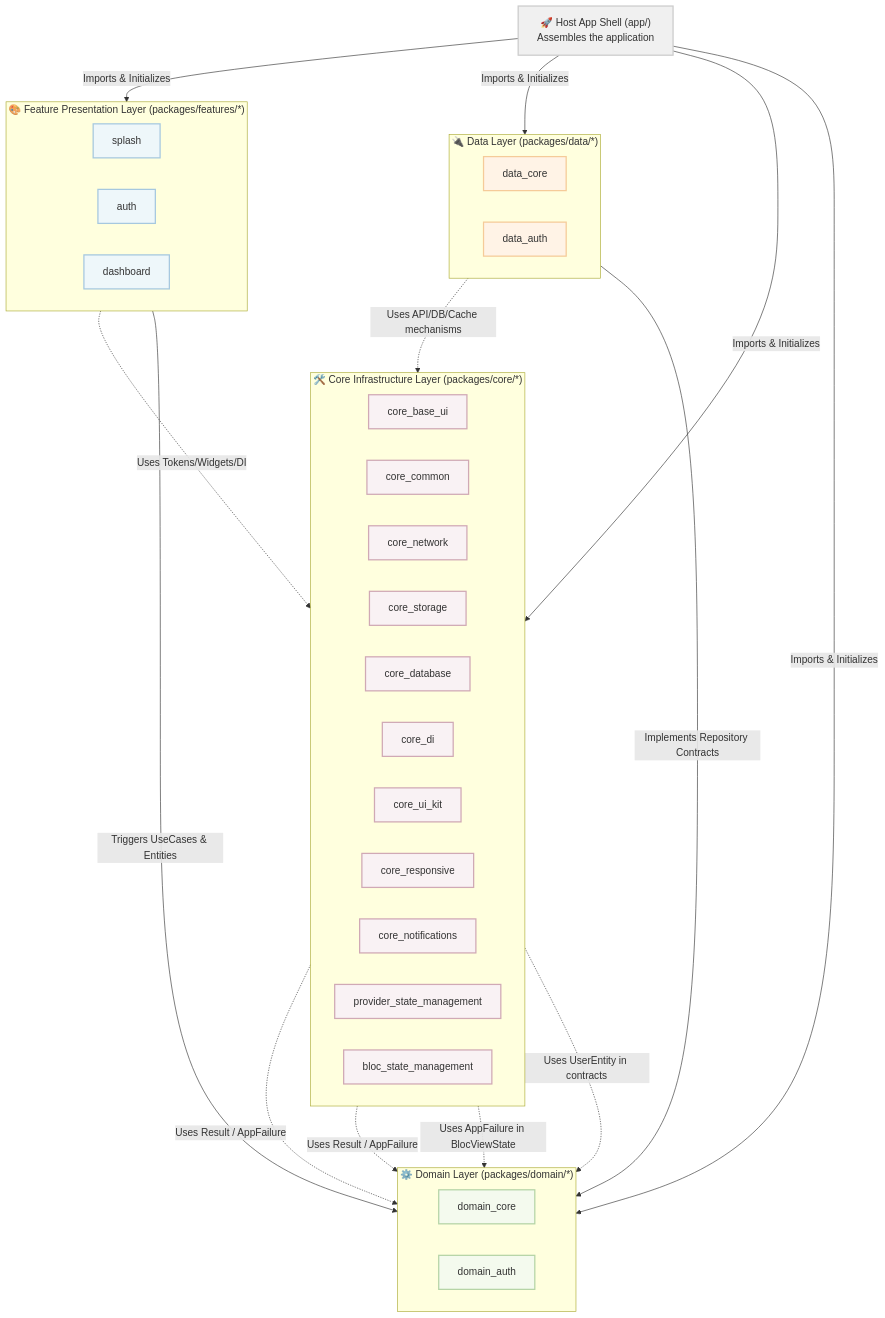
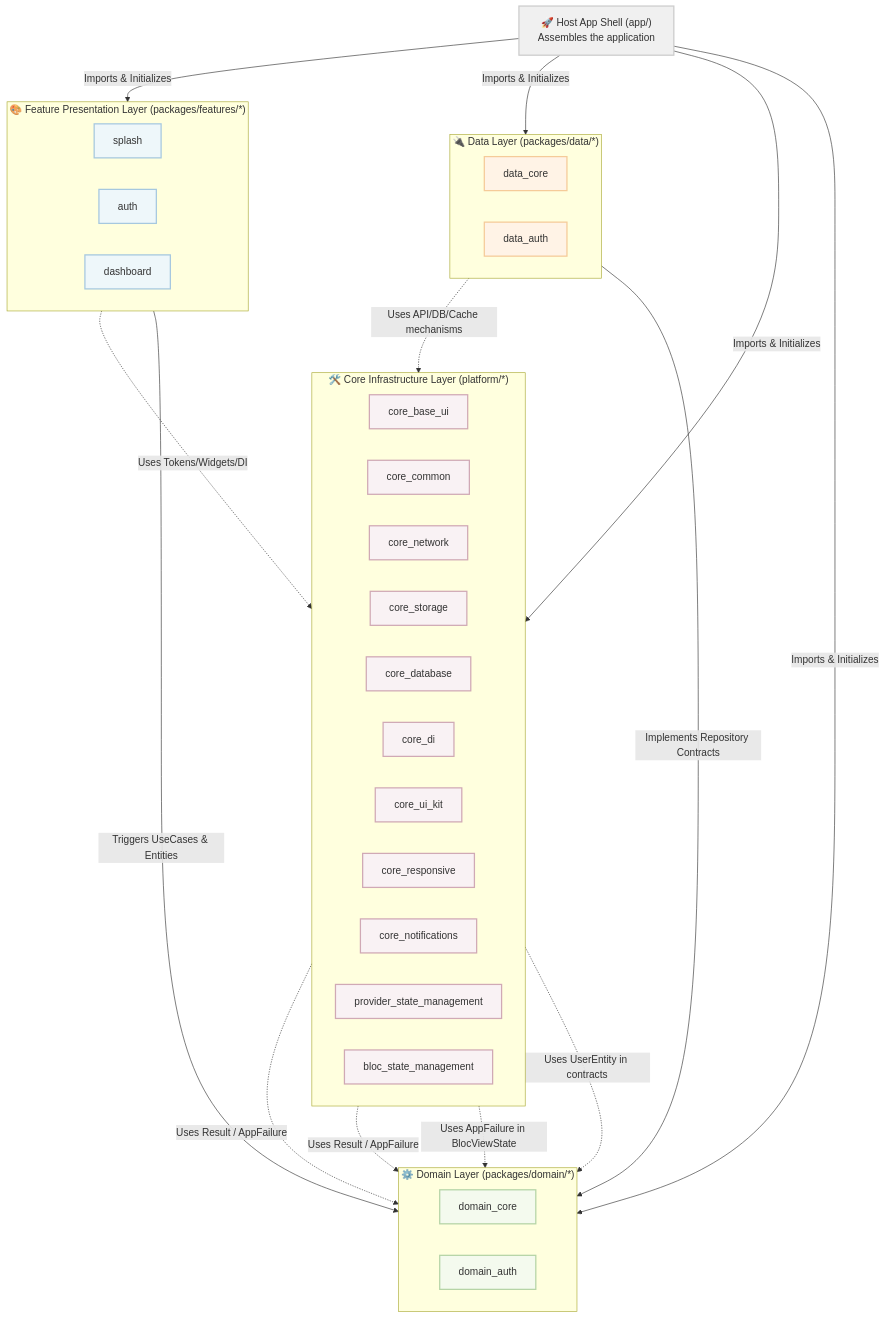
One commit to CaoGiaHieu-dev/flutter-monorepo-codebase changed the diagram in README.md. Above: the diagram before and after it, drawn with Mermaid. The commit also changed other lines of this file and 392 other files, not shown here.

First line of the commit message:
refactor: move packages/core/* to platform/*

````diff
--- a/README.md
+++ b/README.md
@@ -18,63 +18,63 @@
 ```mermaid
 graph TD
     classDef core fill:#f9f2f4,stroke:#d0a9b5,stroke-width:2px,color:#333;
     classDef feature fill:#eef7fa,stroke:#a6c8df,stroke-width:2px,color:#333;
     classDef domain fill:#f4faee,stroke:#b5d4a6,stroke-width:2px,color:#333;
     classDef data fill:#fff3e6,stroke:#f5cb99,stroke-width:2px,color:#333;
     classDef app fill:#f0f0f0,stroke:#cccccc,stroke-width:2px,color:#333;
 
     App["🚀 Host App Shell (app/)<br/>Assembles the application"]:::app
 
     subgraph FeatureLayer ["🎨 Feature Presentation Layer (packages/features/*)"]
         direction LR
         FeatSplash["splash"]:::feature
         FeatAuth["auth"]:::feature
         FeatDash["dashboard"]:::feature
     end
 
     subgraph DataLayer ["🔌 Data Layer (packages/data/*)"]
         direction LR
         DataCore["data_core"]:::data
         DataAuth["data_auth"]:::data
     end
 
     subgraph DomainLayer ["⚙️ Domain Layer (packages/domain/*)"]
         direction LR
         DomCore["domain_core"]:::domain
         DomAuth["domain_auth"]:::domain
     end
 
-    subgraph CoreLayer ["🛠️ Core Infrastructure Layer (packages/core/*)"]
+    subgraph CoreLayer ["🛠️ Core Infrastructure Layer (platform/*)"]
         direction LR
         CoreUI["core_base_ui"]:::core
         CoreCom["core_common"]:::core
         CoreNet["core_network"]:::core
         CoreStore["core_storage"]:::core
         CoreDB["core_database"]:::core
         CoreDI["core_di"]:::core
         CoreKit["core_ui_kit"]:::core
         CoreResp["core_responsive"]:::core
         CoreNotif["core_notifications"]:::core
         CoreProv["provider_state_management"]:::core
         CoreBloc["bloc_state_management"]:::core
     end
 
     %% Cross-layer Relationships
     App -->|"Imports & Initializes"| FeatureLayer
     App -->|"Imports & Initializes"| DataLayer
     App -->|"Imports & Initializes"| DomainLayer
     App -->|"Imports & Initializes"| CoreLayer
 
     FeatureLayer -->|"Triggers UseCases & Entities"| DomainLayer
     DataLayer -->|"Implements Repository Contracts"| DomainLayer
 
     FeatureLayer -.->|"Uses Tokens/Widgets/DI"| CoreLayer
     DataLayer -.->|"Uses API/DB/Cache mechanisms"| CoreLayer
 
     %% Domain sits at the centre and depends on NOTHING.
     %% Core may depend on Domain — never the reverse.
     CoreCom -.->|"Uses Result / AppFailure"| DomCore
     CoreProv -.->|"Uses Result / AppFailure"| DomCore
     CoreBloc -.->|"Uses AppFailure in BlocViewState"| DomCore
     CoreDI -.->|"Uses UserEntity in contracts"| DomAuth
 ```
````
